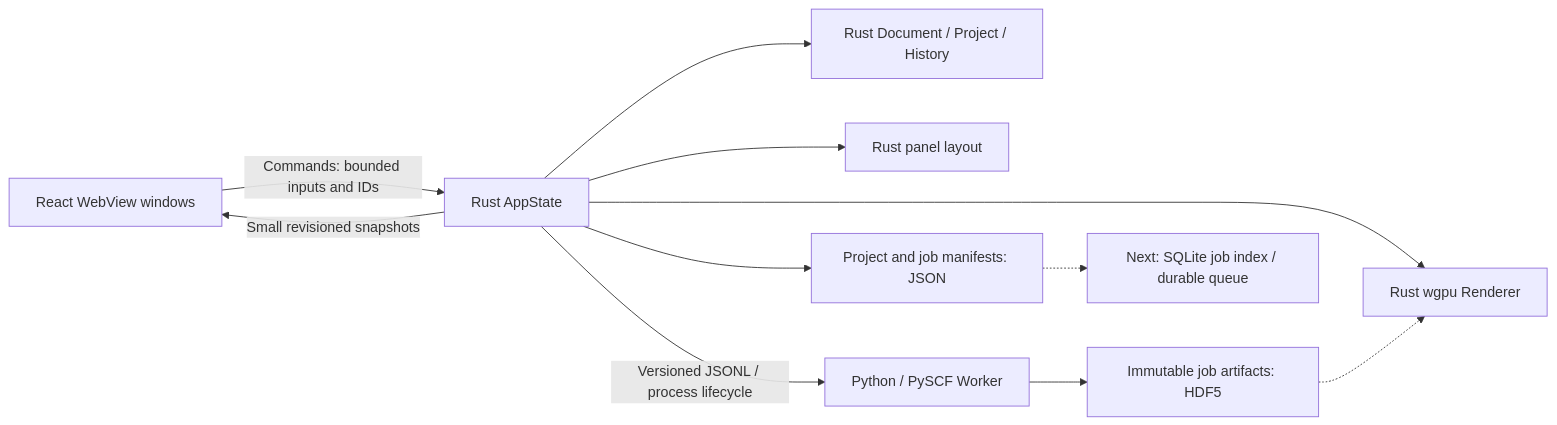
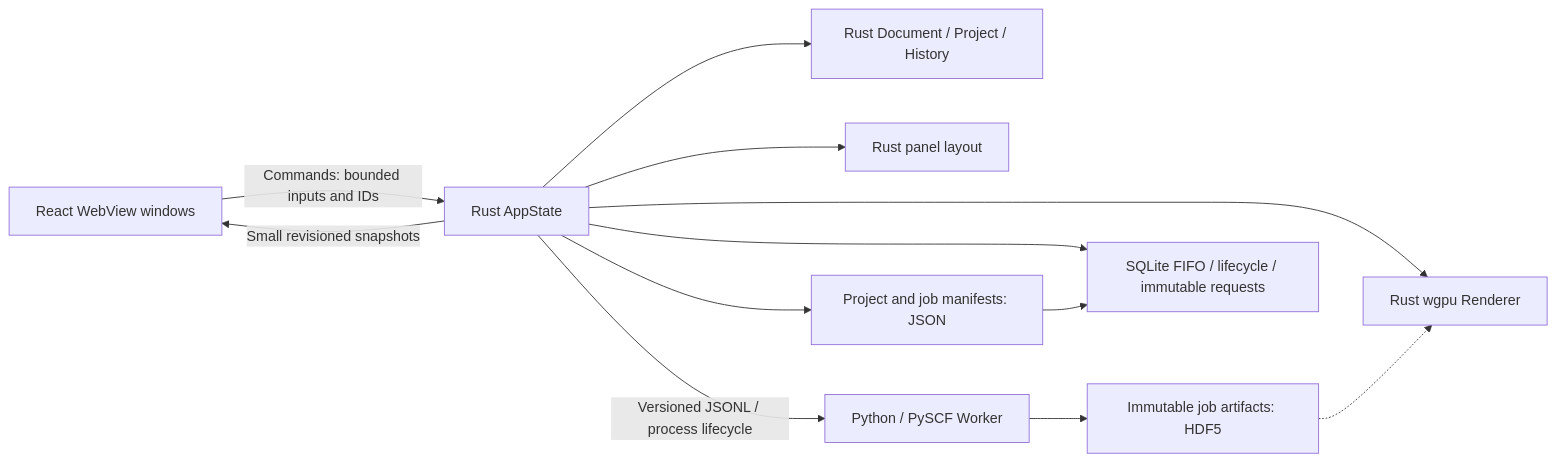
The diagram in docs/ARCHITECTURE.md (matsushibadenki/ReactQM), drawn with Mermaid before and after one commit. The commit also changed other lines of this file and 27 other files, not shown here.

````diff
--- a/docs/ARCHITECTURE.md
+++ b/docs/ARCHITECTURE.md
@@ -5,13 +5,14 @@
 ```mermaid
 flowchart LR
     UI[React WebView windows] -->|Commands: bounded inputs and IDs| State[Rust AppState]
     State --> Document[Rust Document / Project / History]
     State --> Layout[Rust panel layout]
     State --> Renderer[Rust wgpu Renderer]
     State -->|Small revisioned snapshots| UI
     State -->|Versioned JSONL / process lifecycle| Worker[Python / PySCF Worker]
     State --> JSON[Project and job manifests: JSON]
     Worker --> HDF5[Immutable job artifacts: HDF5]
-    JSON -.-> SQLite[Next: SQLite job index / durable queue]
+    State --> SQLite[SQLite FIFO / lifecycle / immutable requests]
+    JSON --> SQLite
     HDF5 -.-> Renderer
 ```
````
